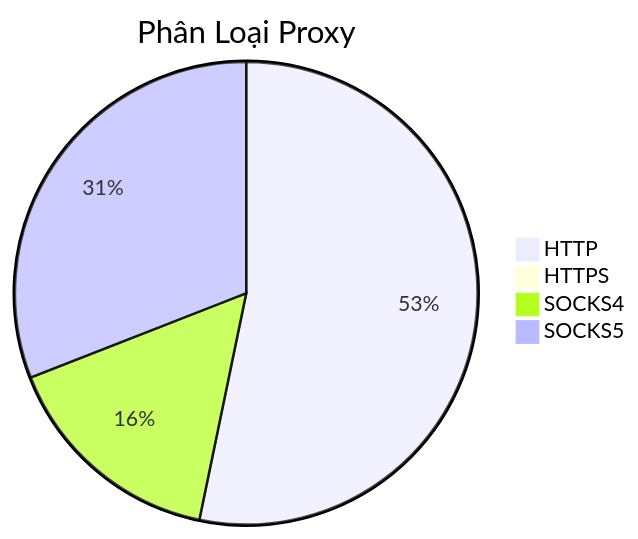
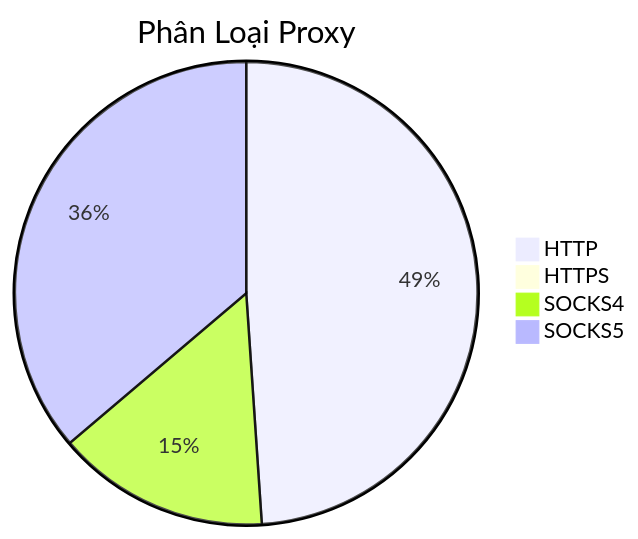
Before and after one commit to Ciara-Aa/PROXY-free: the diagram in README.md, drawn with Mermaid. The commit also changed other lines of this file and 4 other files, not shown here.

````diff
--- a/README.md
+++ b/README.md
@@ -26,7 +26,7 @@
 ```mermaid
 pie title Phân Loại Proxy
-    "HTTP" : 377
-    "HTTPS" : 4
-    "SOCKS4" : 112
+    "HTTP" : 296
+    "HTTPS" : 5
+    "SOCKS4" : 90
     "SOCKS5" : 219
 ```
````
